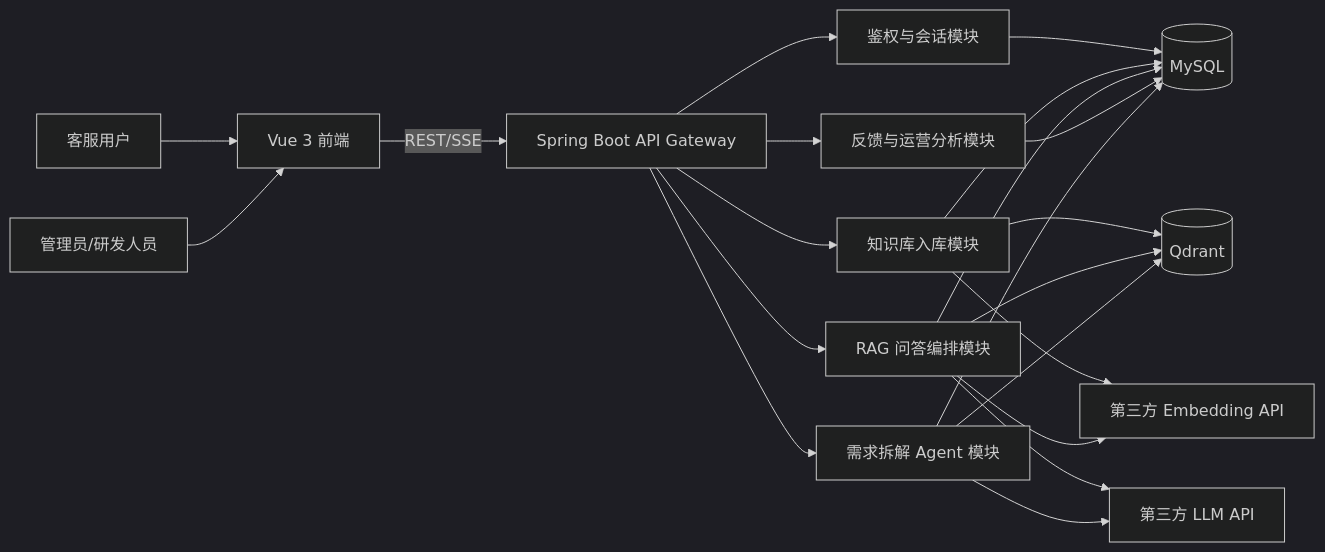
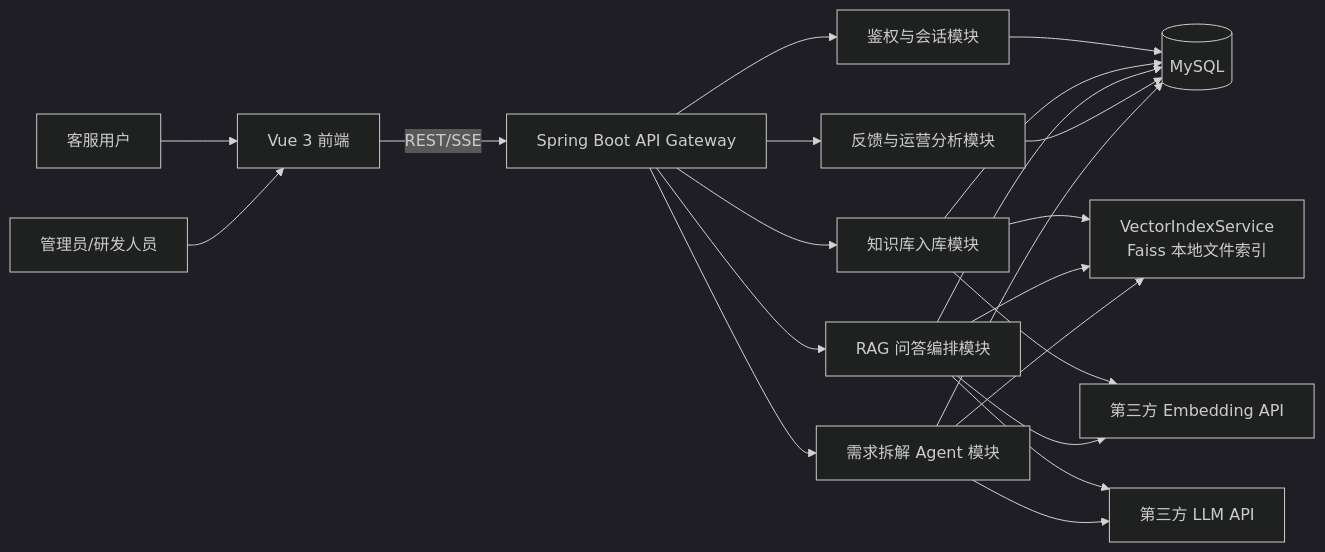
The first of 4 diagrams in README.md (farhub-wq/AI-), drawn with Mermaid (dark theme) before and after one commit. The commit also changed other lines of this file and 11 other files, not shown here.

````diff
--- a/README.md
+++ b/README.md
@@ -62,27 +65,27 @@
 ```mermaid
 flowchart LR
     U[客服用户] --> FE[Vue 3 前端]
     A[管理员/研发人员] --> FE
     FE -->|REST/SSE| GW[Spring Boot API Gateway]
 
     GW --> AUTH[鉴权与会话模块]
     GW --> KB[知识库入库模块]
     GW --> RAG[RAG 问答编排模块]
     GW --> OBS[反馈与运营分析模块]
     GW --> AGENT[需求拆解 Agent 模块]
 
     AUTH --> MYSQL[(MySQL)]
     KB --> MYSQL
     RAG --> MYSQL
     OBS --> MYSQL
     AGENT --> MYSQL
 
-    KB --> QDRANT[(Qdrant)]
-    RAG --> QDRANT
-    AGENT --> QDRANT
+    KB --> VEC[VectorIndexService<br/>Faiss 本地文件索引]
+    RAG --> VEC
+    AGENT --> VEC
 
     RAG --> LLM[第三方 LLM API]
     KB --> EMBED[第三方 Embedding API]
     RAG --> EMBED
     AGENT --> LLM
 ```
````
